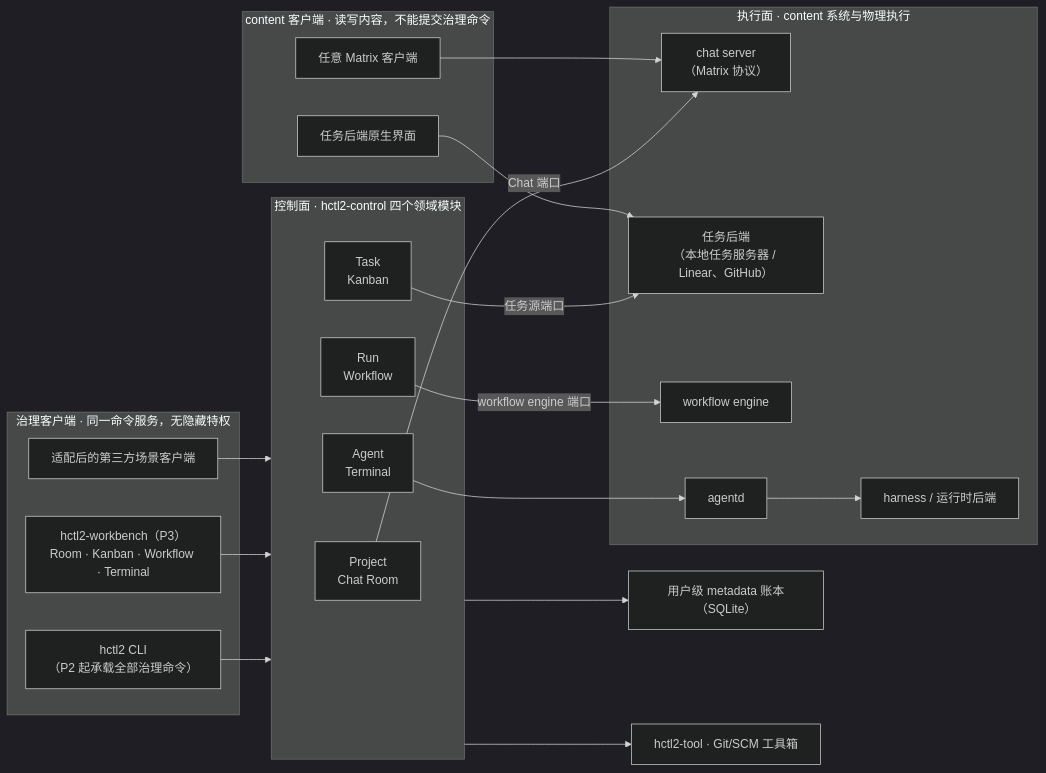
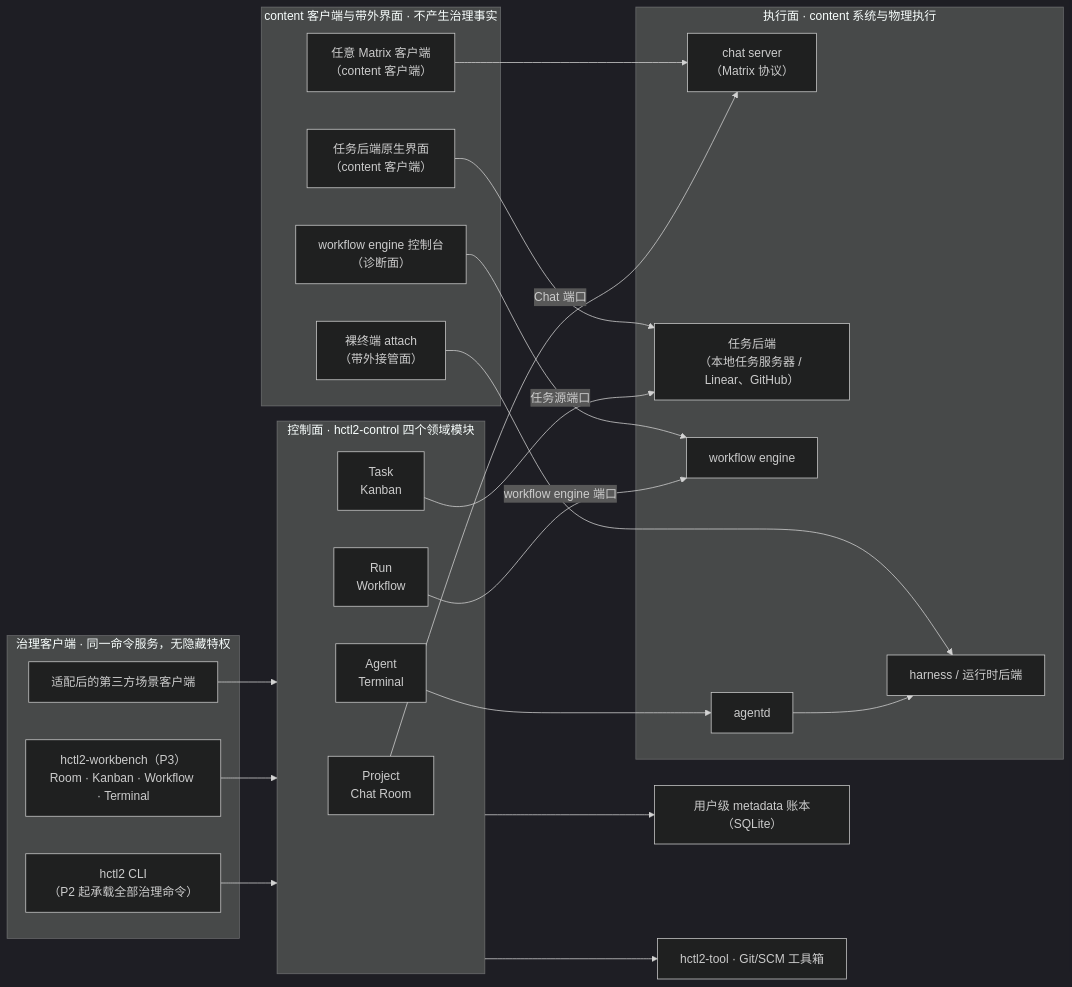
Before and after one commit to yesme/hctl2: the second of 2 diagrams in README.md, drawn with Mermaid (dark theme). The commit also changed other lines of this file, not shown here.

Commit message:
docs(readme): 目标架构图补齐执行面原生界面并标注分级
目标架构图的 content 客户端子图扩为「content 客户端与带外界面」，四个
执行面系统各对应一个原生界面：新增 workflow engine 控制台（诊断面）与
直连运行时后端的裸终端 attach（带外接管面）；设计基线与正文各补一句分
级说明。语义对齐三面架构与系统边界的既有分级合同，不改变合同层语义。

````diff
--- a/README.md
+++ b/README.md
@@ -102,41 +102,45 @@
 ```mermaid
 flowchart LR
     subgraph Gov["治理客户端 · 同一命令服务，无隐藏特权"]
         CLI["hctl2 CLI\n（P2 起承载全部治理命令）"]
         Bench["hctl2-workbench（P3）\nRoom · Kanban · Workflow · Terminal"]
         Third["适配后的第三方场景客户端"]
     end
 
     subgraph Control["控制面 · hctl2-control 四个领域模块"]
         P["Project\nChat Room"]
         T["Task\nKanban"]
         R["Run\nWorkflow"]
         H["Agent\nTerminal"]
     end
 
     subgraph Exec["执行面 · content 系统与物理执行"]
         chat_srv["chat server\n（Matrix 协议）"]
         task_backend["任务后端\n（本地任务服务器 / Linear、GitHub）"]
         engine["workflow engine"]
         agentd["agentd"]
         runtime["harness / 运行时后端"]
     end
 
-    subgraph ContentClients["content 客户端 · 读写内容，不能提交治理命令"]
-        matrix_client["任意 Matrix 客户端"]
-        task_ui["任务后端原生界面"]
+    subgraph ContentClients["content 客户端与带外界面 · 不产生治理事实"]
+        matrix_client["任意 Matrix 客户端\n（content 客户端）"]
+        task_ui["任务后端原生界面\n（content 客户端）"]
+        engine_console["workflow engine 控制台\n（诊断面）"]
+        term_attach["裸终端 attach\n（带外接管面）"]
     end
 
     CLI --> Control
     Bench --> Control
     Third --> Control
     P -->|Chat 端口| chat_srv
     T -->|任务源端口| task_backend
     R -->|workflow engine 端口| engine
     H --> agentd
     agentd --> runtime
     matrix_client --> chat_srv
     task_ui --> task_backend
+    engine_console --> engine
+    term_attach --> runtime
     Control --> DB["用户级 metadata 账本（SQLite）"]
     Control --> Tool["hctl2-tool · Git/SCM 工具箱"]
 ```
````
